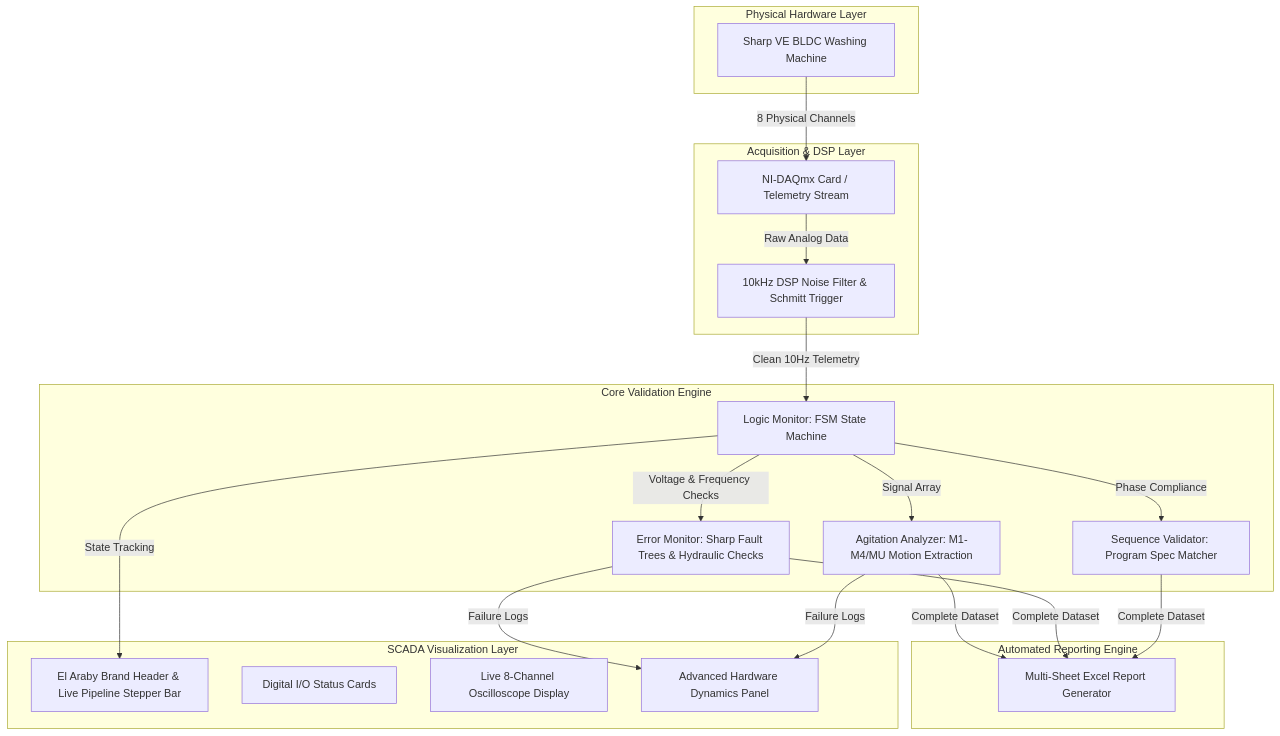
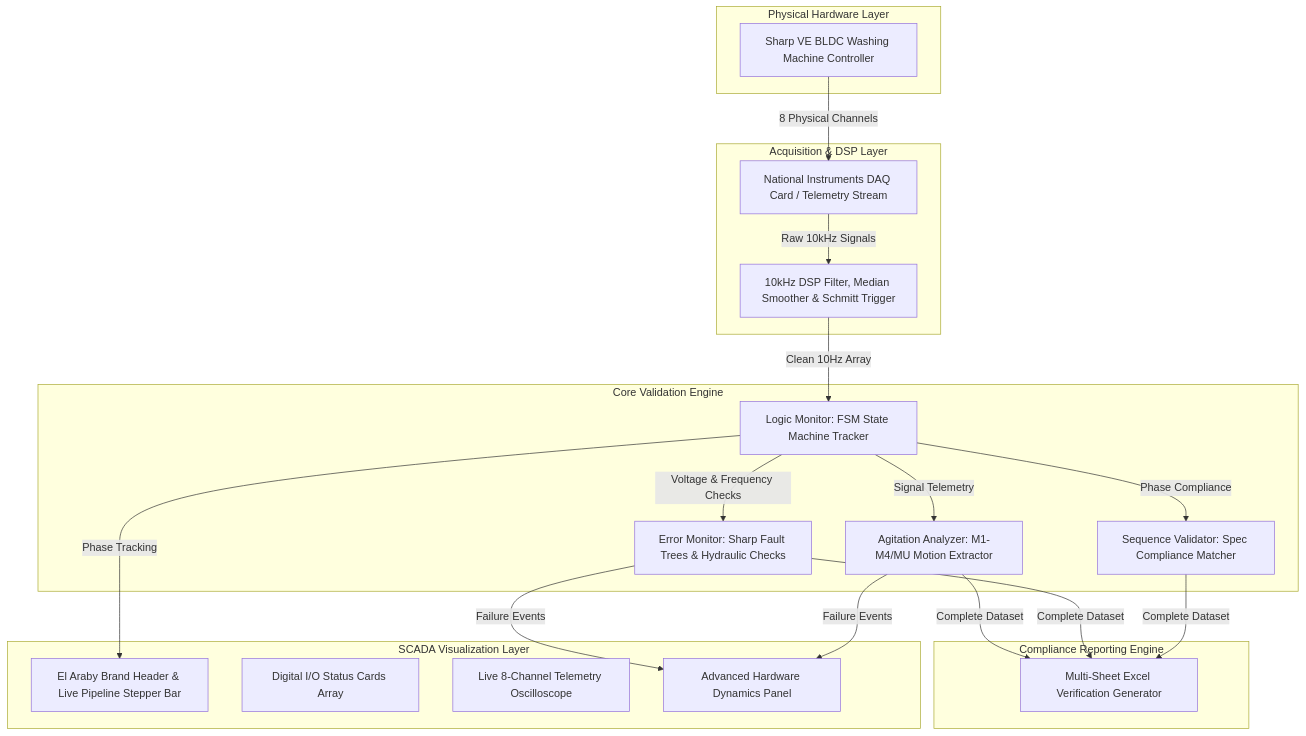
One commit to ziademad02153/Sharp-VE-BLDC--app-v2 changed the first of 3 diagrams in README.md. Above: the diagram before and after it, drawn with Mermaid. The commit also changed other lines of this file, not shown here.

Commit message:
docs: Comprehensive Master Engineering Specification README with DSP pipeline, IO mapping, Agitation Matrix, and HIL Fault Trees

````diff
--- a/README.md
+++ b/README.md
@@ -28,39 +29,39 @@
 ```mermaid
 graph TD
     subgraph Hardware[Physical Hardware Layer]
-        WM[Sharp VE BLDC Washing Machine]
+        WM[Sharp VE BLDC Washing Machine Controller]
     end
 
     subgraph DAQ[Acquisition & DSP Layer]
-        NI[NI-DAQmx Card / Telemetry Stream]
-        DSP[10kHz DSP Noise Filter & Schmitt Trigger]
+        NI[National Instruments DAQ Card / Telemetry Stream]
+        DSP[10kHz DSP Filter, Median Smoother & Schmitt Trigger]
     end
     
     subgraph Core[Core Validation Engine]
-        LM[Logic Monitor: FSM State Machine]
-        AA[Agitation Analyzer: M1-M4/MU Motion Extraction]
-        SV[Sequence Validator: Program Spec Matcher]
+        LM[Logic Monitor: FSM State Machine Tracker]
+        AA[Agitation Analyzer: M1-M4/MU Motion Extractor]
+        SV[Sequence Validator: Spec Compliance Matcher]
         EM[Error Monitor: Sharp Fault Trees & Hydraulic Checks]
     end
     
     subgraph UI[SCADA Visualization Layer]
         Header[El Araby Brand Header & Live Pipeline Stepper Bar]
-        Cards[Digital I/O Status Cards]
-        Scope[Live 8-Channel Oscilloscope Display]
+        Cards[Digital I/O Status Cards Array]
+        Scope[Live 8-Channel Telemetry Oscilloscope]
         Adv[Advanced Hardware Dynamics Panel]
     end
     
-    subgraph Output[Automated Reporting Engine]
-        Excel[Multi-Sheet Excel Report Generator]
+    subgraph Output[Compliance Reporting Engine]
+        Excel[Multi-Sheet Excel Verification Generator]
     end
 
     WM -- 8 Physical Channels --> NI
-    NI -- Raw Analog Data --> DSP
-    DSP -- Clean 10Hz Telemetry --> LM
-    LM -- Signal Array --> AA
-    LM -- State Tracking --> Header
+    NI -- Raw 10kHz Signals --> DSP
+    DSP -- Clean 10Hz Array --> LM
+    LM -- Signal Telemetry --> AA
+    LM -- Phase Tracking --> Header
     LM -- Phase Compliance --> SV
     LM -- Voltage & Frequency Checks --> EM
-    AA & EM -- Failure Logs --> Adv
+    AA & EM -- Failure Events --> Adv
     SV & EM & AA -- Complete Dataset --> Excel
 ```
````
